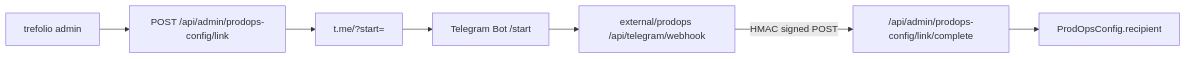
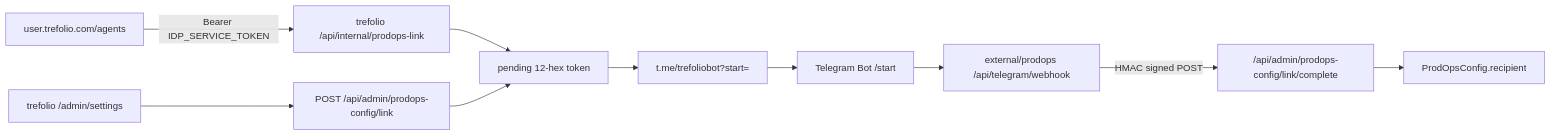
Before and after one commit to kyberis/stocktracker: the second of 4 diagrams in knowledge/design-docs/trefolio-prodops-integration.md, drawn with Mermaid. The commit also changed other lines of this file and 19 other files, not shown here.

````diff
--- a/knowledge/design-docs/trefolio-prodops-integration.md
+++ b/knowledge/design-docs/trefolio-prodops-integration.md
@@ -66,9 +67,12 @@
 ```mermaid
 flowchart LR
-  adminPanel["trefolio admin"] --> mint["POST /api/admin/prodops-config/link"]
-  mint --> deepLink["t.me/<bot>?start=<token>"]
+  agentsUI["user.trefolio.com/agents"] -->|"Bearer IDP_SERVICE_TOKEN"| trefolioLink["trefolio /api/internal/prodops-link"]
+  adminPanel["trefolio /admin/settings"] --> mint["POST /api/admin/prodops-config/link"]
+  trefolioLink --> pending["pending 12-hex token"]
+  mint --> pending
+  pending --> deepLink["t.me/trefoliobot?start="]
   deepLink --> telegram["Telegram Bot /start"]
   telegram --> prodopsWebhook["external/prodops /api/telegram/webhook"]
   prodopsWebhook -->|"HMAC signed POST"| complete["/api/admin/prodops-config/link/complete"]
   complete --> config["ProdOpsConfig.recipient"]
 ```
````
